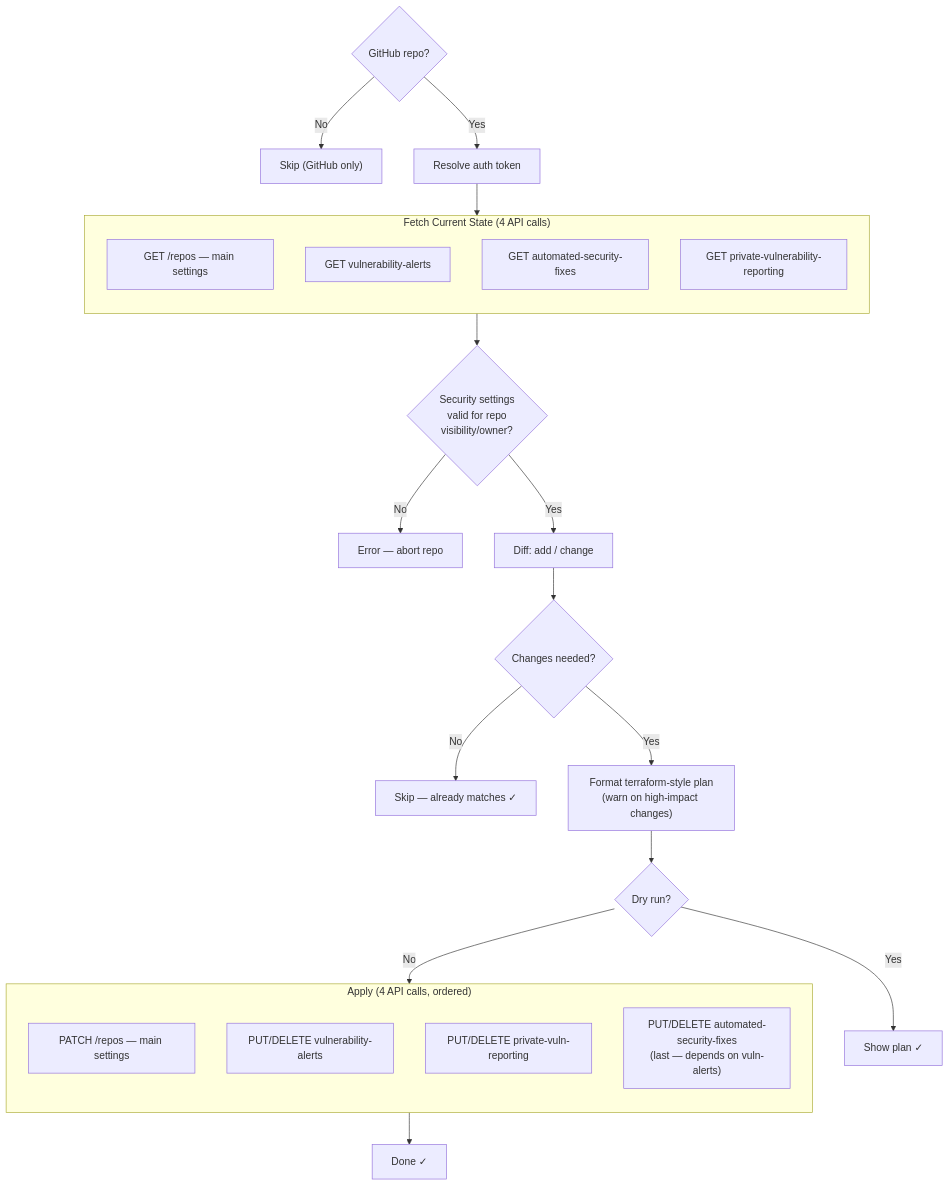
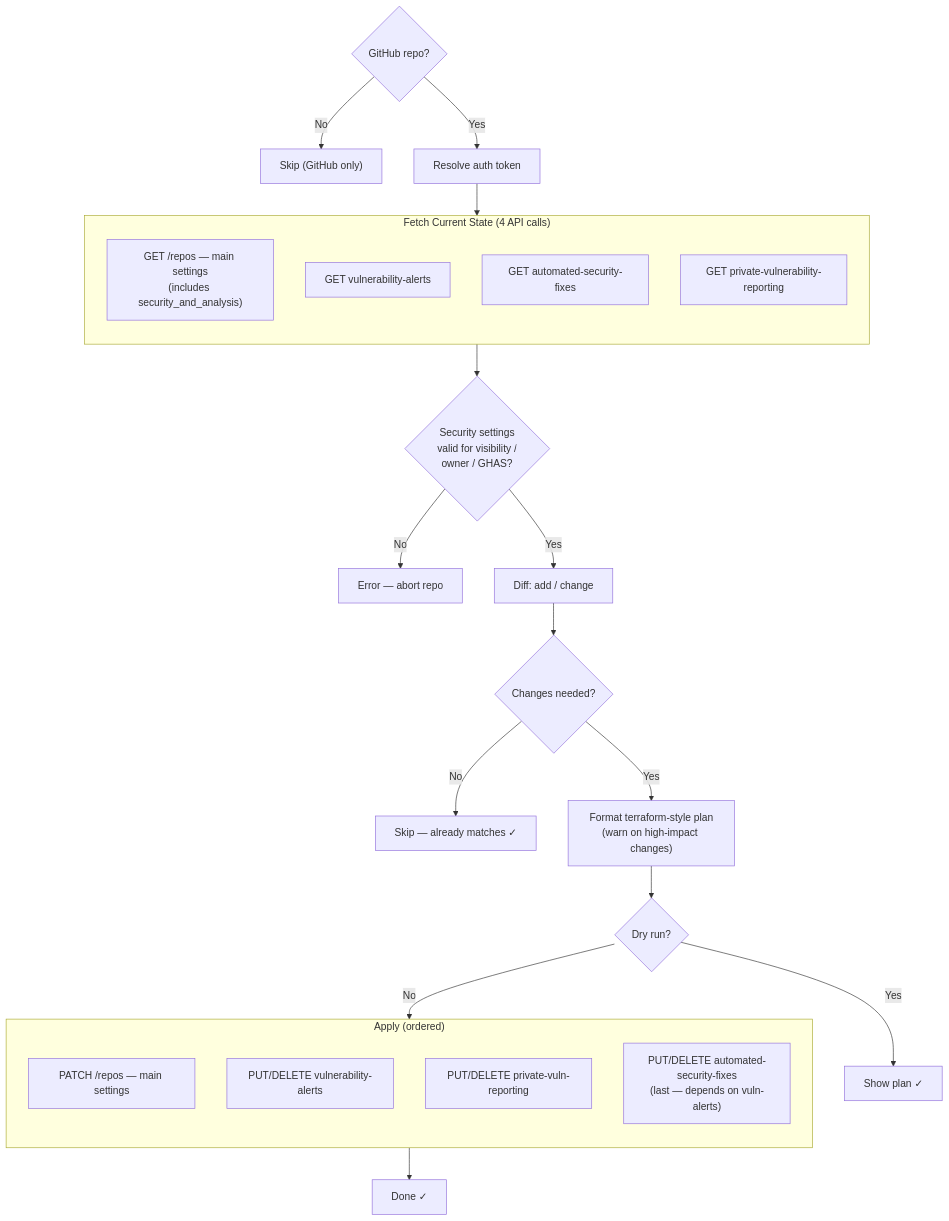
One commit to anthony-spruyt/xfg changed the fifth of 6 diagrams in docs/index.md. Above: the diagram before and after it, drawn with Mermaid. The commit also changed other lines of this file, not shown here.

First line of the commit message:
docs: update stale Mermaid architecture diagrams (#576)

````diff
--- a/docs/index.md
+++ b/docs/index.md
@@ -367,36 +385,36 @@
 ```mermaid
 flowchart TB
     GUARD{GitHub repo?} -->|No| SKIP_P["Skip (GitHub only)"]
     GUARD -->|Yes| TOKEN["Resolve auth token"]
 
     TOKEN --> FETCH
 
     subgraph FETCH["Fetch Current State (4 API calls)"]
         direction TB
-        F1["GET /repos — main settings"]
+        F1["GET /repos — main settings<br/>(includes security_and_analysis)"]
         F2["GET vulnerability-alerts"]
         F3["GET automated-security-fixes"]
         F4["GET private-vulnerability-reporting"]
     end
 
-    FETCH --> SEC_VAL{"Security settings<br/>valid for repo<br/>visibility/owner?"}
+    FETCH --> SEC_VAL{"Security settings<br/>valid for visibility /<br/>owner / GHAS?"}
     SEC_VAL -->|No| SEC_ERR["Error — abort repo"]
     SEC_VAL -->|Yes| DIFF["Diff: add / change"]
 
     DIFF --> CHANGES{Changes needed?}
     CHANGES -->|No| SKIP_NC["Skip — already matches ✓"]
     CHANGES -->|Yes| PLAN["Format terraform-style plan<br/>(warn on high-impact changes)"]
     PLAN --> DRY{Dry run?}
     DRY -->|Yes| SHOW["Show plan ✓"]
     DRY -->|No| APPLY
 
-    subgraph APPLY["Apply (4 API calls, ordered)"]
+    subgraph APPLY["Apply (ordered)"]
         direction TB
         A1["PATCH /repos — main settings"]
         A2["PUT/DELETE vulnerability-alerts"]
         A3["PUT/DELETE private-vuln-reporting"]
         A4["PUT/DELETE automated-security-fixes<br/>(last — depends on vuln-alerts)"]
     end
 
     APPLY --> DONE["Done ✓"]
 ```
````
